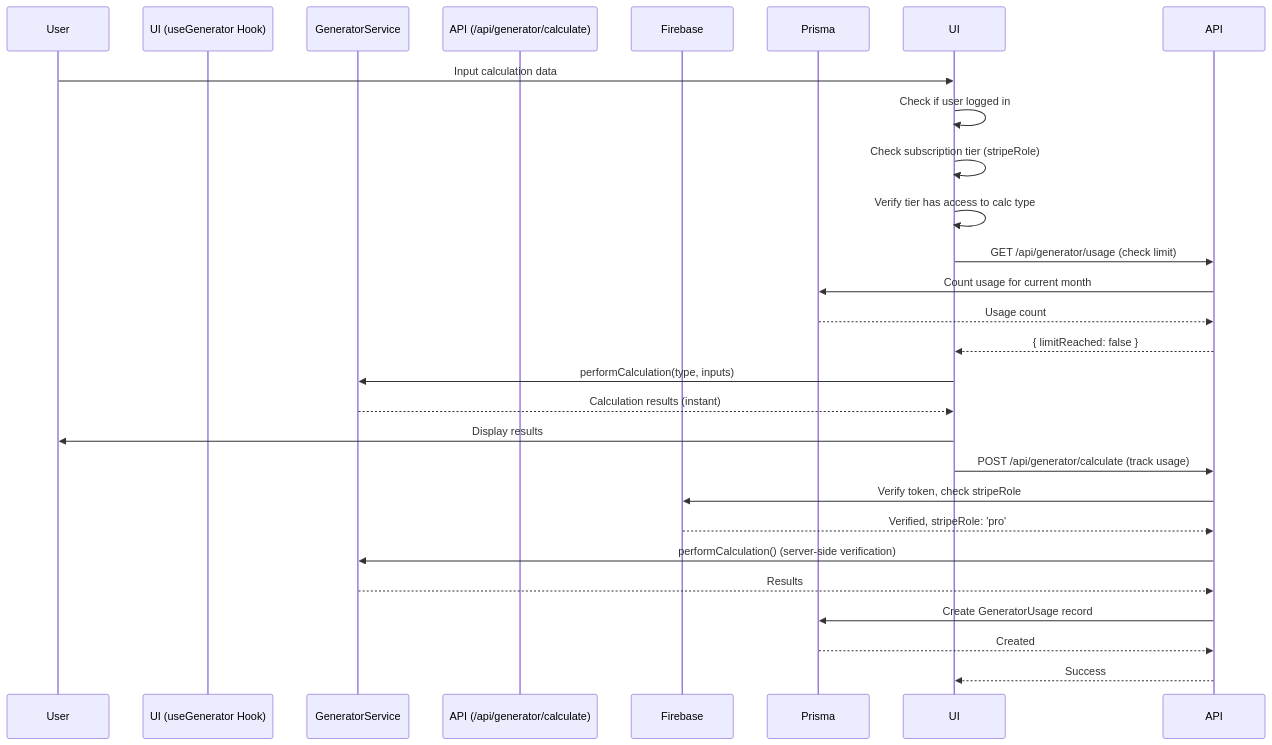
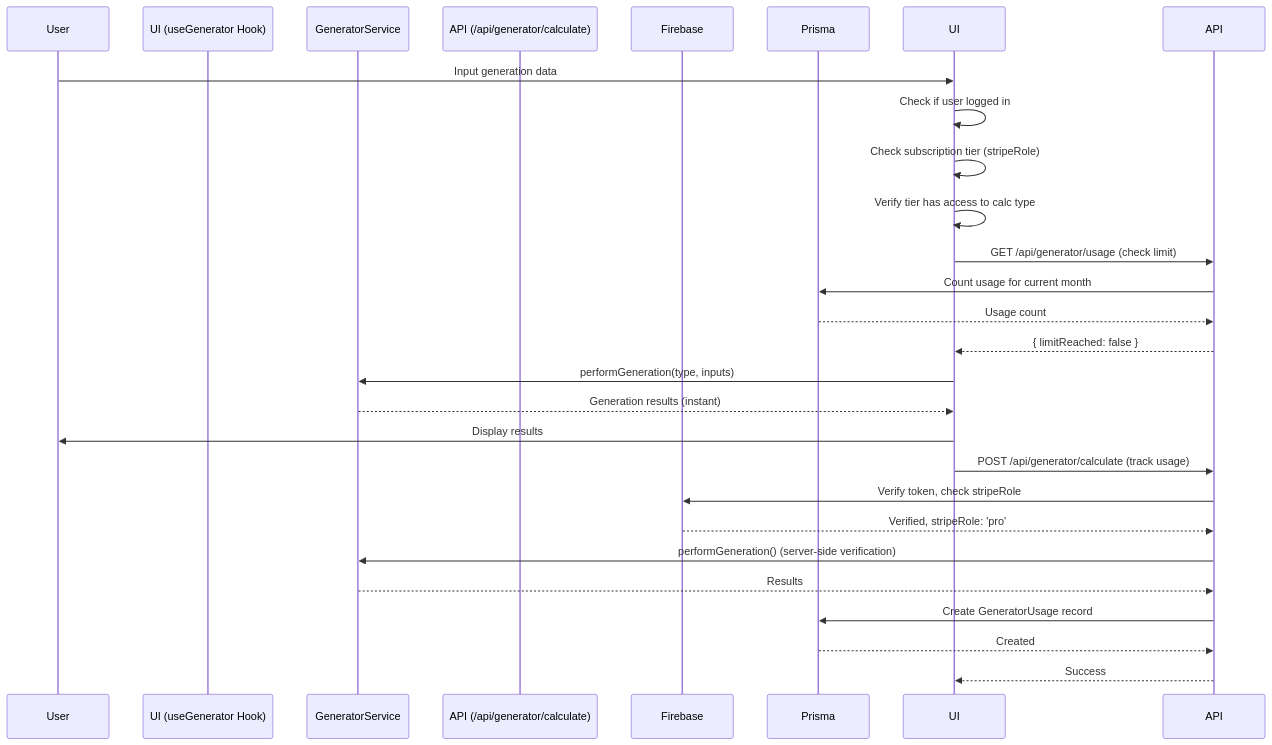
The diagram in docs/architecture/domain/generation-system.md (KennethAtchon/ContentAI), drawn with Mermaid before and after one commit. The commit also changed other lines of this file and 37 other files, not shown here.

Commit message:
feat: Refactor the Generator System from calculation to content generation, introducing new generation features and updating related documentation and backend services.

````diff
--- a/docs/architecture/domain/generation-system.md
+++ b/docs/architecture/domain/generation-system.md
@@ -944,31 +944,31 @@
 ```mermaid
 sequenceDiagram
     participant User
     participant UI (useGenerator Hook)
     participant GeneratorService
     participant API (/api/generator/calculate)
     participant Firebase
     participant Prisma
     
-    User->>UI: Input calculation data
+    User->>UI: Input generation data
     UI->>UI: Check if user logged in
     UI->>UI: Check subscription tier (stripeRole)
     UI->>UI: Verify tier has access to calc type
     UI->>API: GET /api/generator/usage (check limit)
     API->>Prisma: Count usage for current month
     Prisma-->>API: Usage count
     API-->>UI: { limitReached: false }
     
-    UI->>GeneratorService: performCalculation(type, inputs)
-    GeneratorService-->>UI: Calculation results (instant)
+    UI->>GeneratorService: performGeneration(type, inputs)
+    GeneratorService-->>UI: Generation results (instant)
     UI->>User: Display results
     
     UI->>API: POST /api/generator/calculate (track usage)
     API->>Firebase: Verify token, check stripeRole
     Firebase-->>API: Verified, stripeRole: 'pro'
-    API->>GeneratorService: performCalculation() (server-side verification)
+    API->>GeneratorService: performGeneration() (server-side verification)
     GeneratorService-->>API: Results
     API->>Prisma: Create GeneratorUsage record
     Prisma-->>API: Created
     API-->>UI: Success
 ```
````
